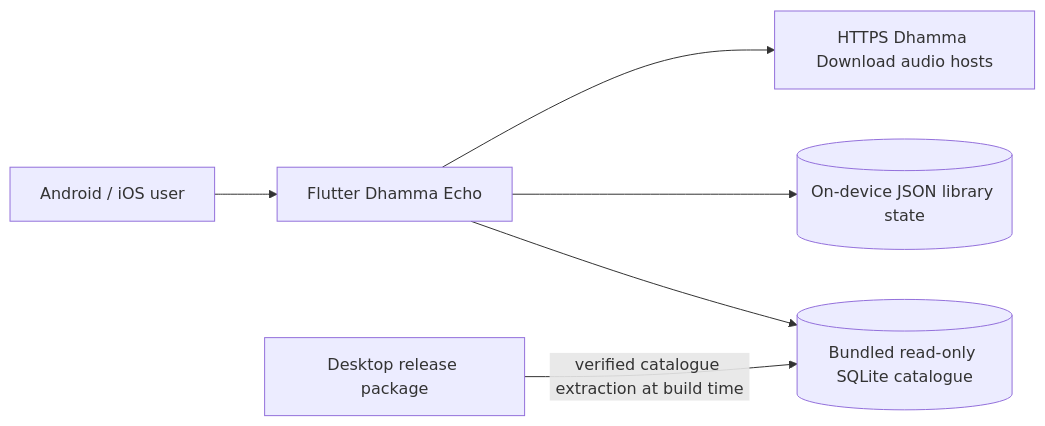
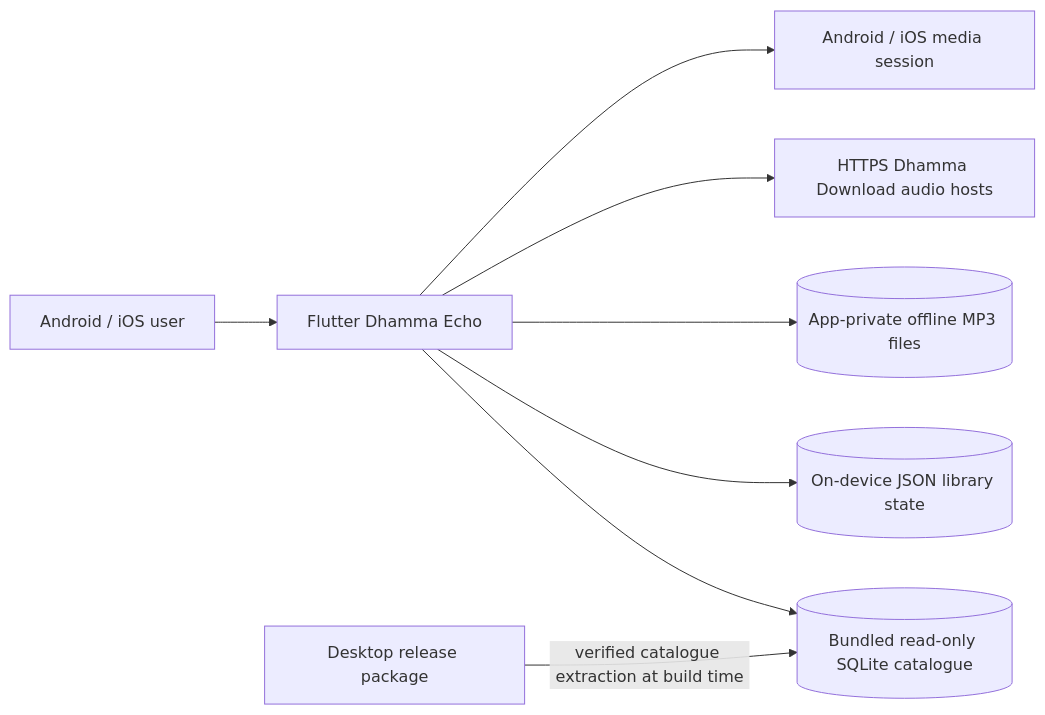
The diagram in docs/architecture/context.md (AungMyoKyaw/dhamma-echo-flutter-mobile), drawn with Mermaid before and after one commit. The commit also changed other lines of this file and 11 other files, not shown here.

````diff
--- a/docs/architecture/context.md
+++ b/docs/architecture/context.md
@@ -3,8 +3,10 @@
 ```mermaid
 flowchart LR
     U[Android / iOS user] --> A[Flutter Dhamma Echo]
     A --> C[(Bundled read-only SQLite catalogue)]
     A --> L[(On-device JSON library state)]
+    A --> O[(App-private offline MP3 files)]
     A --> H[HTTPS Dhamma Download audio hosts]
+    A --> S[Android / iOS media session]
     B[Desktop release package] -->|verified catalogue extraction at build time| C
 ```
````
